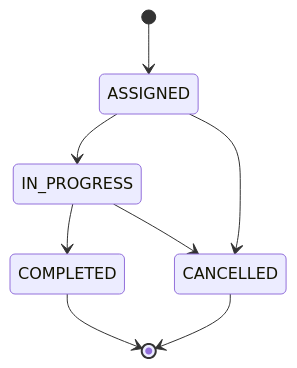
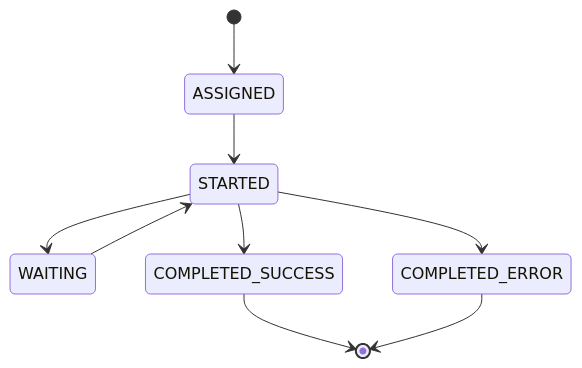
One commit to jadcve/task-api-go-ionix changed the diagram in docs/diagrams/task-state-machine.mmd. Above: the diagram before and after it, drawn with Mermaid. The commit also changed 8 other files, not shown here.

```diff
--- a/docs/diagrams/task-state-machine.mmd
+++ b/docs/diagrams/task-state-machine.mmd
@@ -1,8 +1,9 @@
 stateDiagram-v2
     [*] --> ASSIGNED
-    ASSIGNED --> IN_PROGRESS
-    ASSIGNED --> CANCELLED
-    IN_PROGRESS --> COMPLETED
-    IN_PROGRESS --> CANCELLED
-    COMPLETED --> [*]
-    CANCELLED --> [*]
+    ASSIGNED --> STARTED
+    STARTED --> WAITING
+    WAITING --> STARTED
+    STARTED --> COMPLETED_SUCCESS
+    STARTED --> COMPLETED_ERROR
+    COMPLETED_SUCCESS --> [*]
+    COMPLETED_ERROR --> [*]
```
